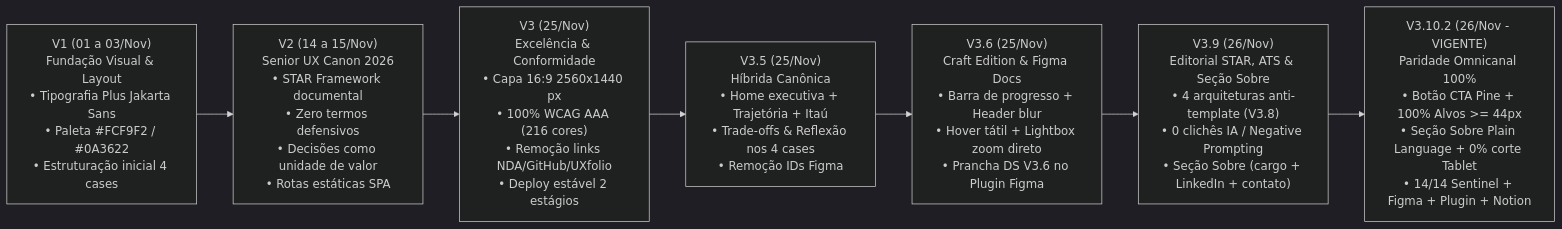
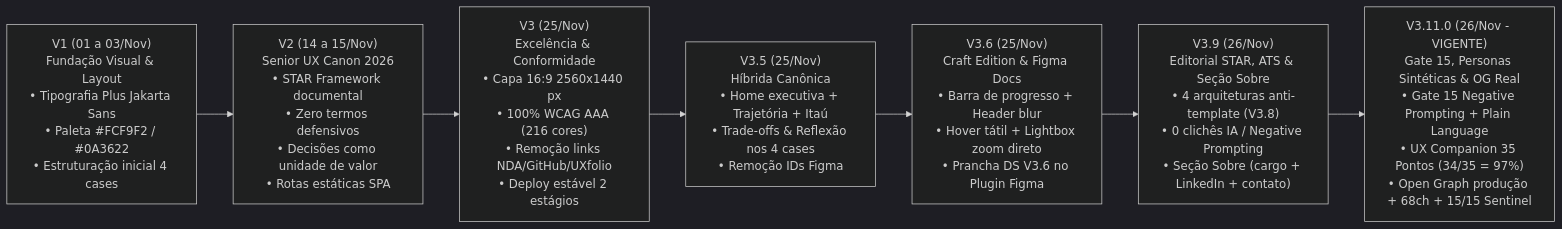
One commit to israelfull-commits/portfolio changed the diagram in docs/INDEX_GOVERNANCA_E_DECISOES.md. Above: the diagram before and after it, drawn with Mermaid (dark theme). The commit also changed 8 other files, not shown here.

Commit message:
feat(v3.11.0): Gate 15 Negative Prompting/Plain Language/OG enforcement, Synthetic Persona Panel rule, Hero rewrite, and real production Open Graph

````diff
--- a/docs/INDEX_GOVERNANCA_E_DECISOES.md
+++ b/docs/INDEX_GOVERNANCA_E_DECISOES.md
@@ -15,11 +15,11 @@
 ```mermaid
 flowchart LR
     V1["V1 (01 a 03/Nov)<br>Fundação Visual & Layout<br>• Tipografia Plus Jakarta Sans<br>• Paleta #FCF9F2 / #0A3622<br>• Estruturação inicial 4 cases"]
     V2["V2 (14 a 15/Nov)<br>Senior UX Canon 2026<br>• STAR Framework documental<br>• Zero termos defensivos<br>• Decisões como unidade de valor<br>• Rotas estáticas SPA"]
     V3["V3 (25/Nov)<br>Excelência & Conformidade<br>• Capa 16:9 2560x1440 px<br>• 100% WCAG AAA (216 cores)<br>• Remoção links NDA/GitHub/UXfolio<br>• Deploy estável 2 estágios"]
     V35["V3.5 (25/Nov)<br>Híbrida Canônica<br>• Home executiva + Trajetória + Itaú<br>• Trade-offs & Reflexão nos 4 cases<br>• Remoção IDs Figma"]
     V36["V3.6 (25/Nov)<br>Craft Edition & Figma Docs<br>• Barra de progresso + Header blur<br>• Hover tátil + Lightbox zoom direto<br>• Prancha DS V3.6 no Plugin Figma"]
     V39["V3.9 (26/Nov)<br>Editorial STAR, ATS & Seção Sobre<br>• 4 arquiteturas anti-template (V3.8)<br>• 0 clichês IA / Negative Prompting<br>• Seção Sobre (cargo + LinkedIn + contato)"]
-    V310["V3.10.2 (26/Nov - VIGENTE)<br>Paridade Omnicanal 100%<br>• Botão CTA Pine + 100% Alvos >= 44px<br>• Seção Sobre Plain Language + 0% corte Tablet<br>• 14/14 Sentinel + Figma + Plugin + Notion"]
+    V310["V3.11.0 (26/Nov - VIGENTE)<br>Gate 15, Personas Sintéticas & OG Real<br>• Gate 15 Negative Prompting + Plain Language<br>• UX Companion 35 Pontos (34/35 = 97%)<br>• Open Graph produção + 68ch + 15/15 Sentinel"]
     V1 --> V2 --> V3 --> V35 --> V36 --> V39 --> V310
 ```
````
